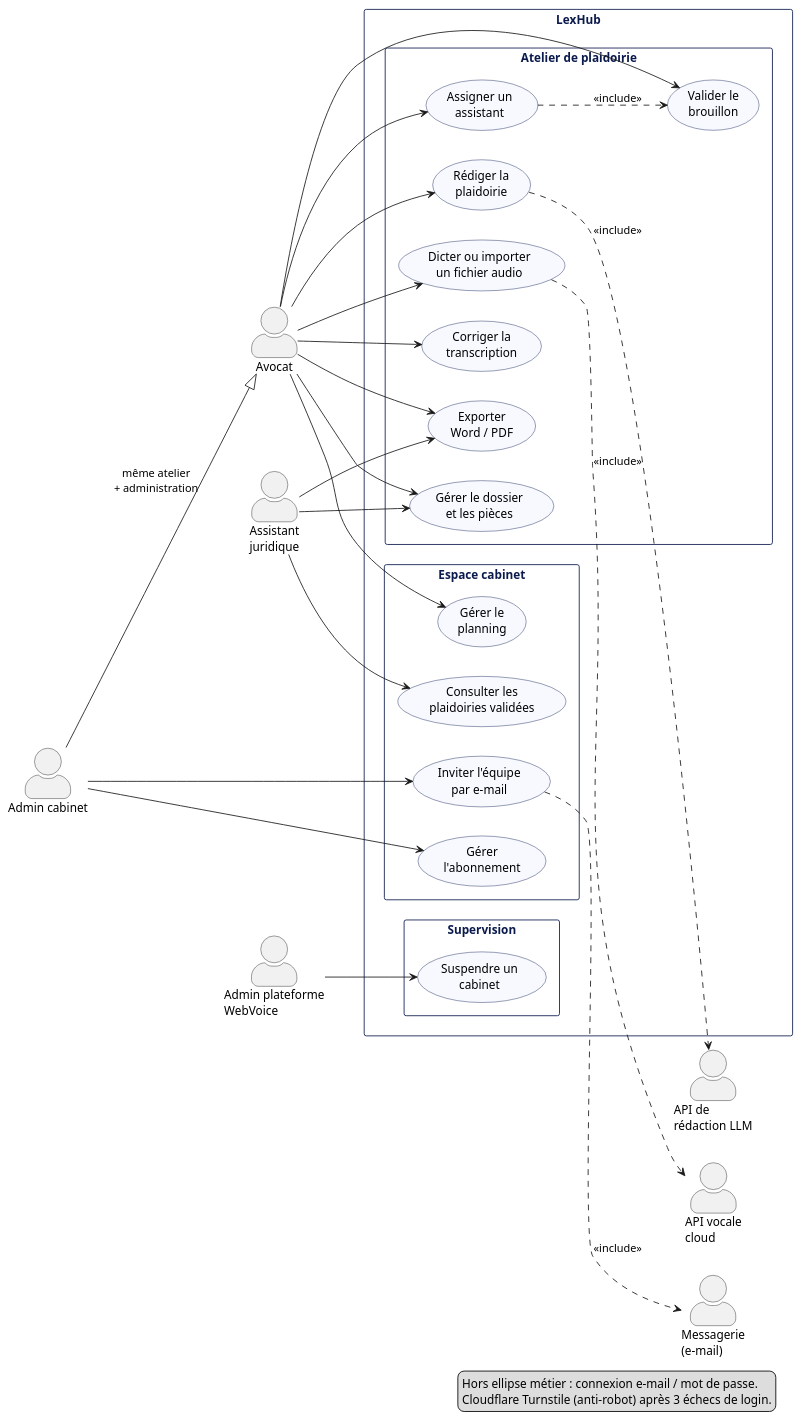
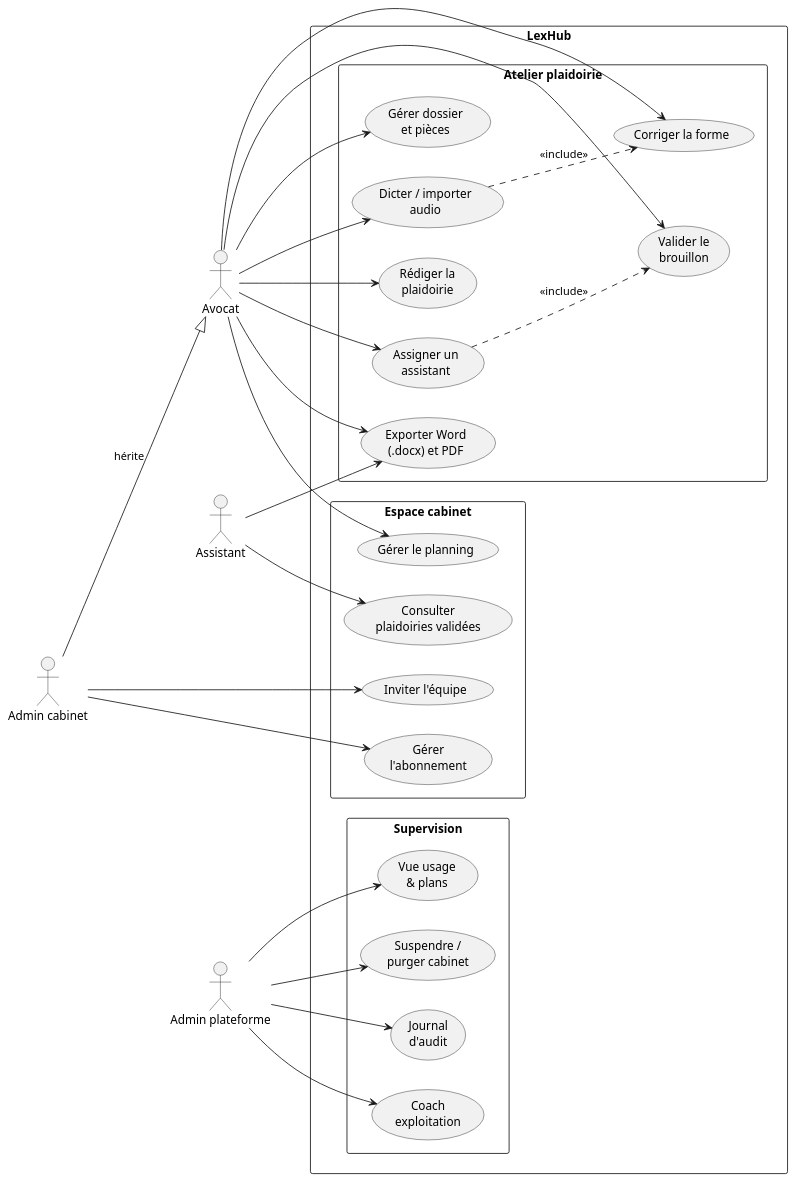
Before and after one commit to anadouae/Plateforme-d-Assistance-en-IA-pour-Avocats: the diagram in docs/rapport-pfa/diagrams/uc-lexhub.puml, drawn with PlantUML. The commit also changed 240 other files, not shown here.

```diff
--- a/docs/rapport-pfa/diagrams/uc-lexhub.puml
+++ b/docs/rapport-pfa/diagrams/uc-lexhub.puml
@@ -1,76 +1,59 @@
 @startuml uc-lexhub
 skinparam shadowing false
-skinparam actorStyle awesome
 skinparam packageStyle rectangle
-skinparam usecase {
-  BackgroundColor #F7F9FF
-  BorderColor #0B1A4D
-}
-skinparam rectangle {
-  BorderColor #0B1A4D
-  FontColor #0B1A4D
-  FontStyle bold
-}
 left to right direction
 
 actor "Avocat" as Avocat
 actor "Admin cabinet" as AdminCab
-actor "Assistant\njuridique" as Asst
+actor "Assistant" as Asst
+actor "Admin plateforme" as Plat
 
-AdminCab --|> Avocat : même atelier\n+ administration
+AdminCab --|> Avocat : hérite
 
 rectangle "LexHub" {
-  package "Atelier de plaidoirie" {
-    usecase "Gérer le dossier\net les pièces" as UC1
-    usecase "Dicter ou importer\nun fichier audio" as UC2
-    usecase "Corriger la\ntranscription" as UC3
+  package "Atelier plaidoirie" {
+    usecase "Gérer dossier\net pièces" as UC1
+    usecase "Dicter / importer\naudio" as UC2
+    usecase "Corriger la forme" as UC3
     usecase "Rédiger la\nplaidoirie" as UC4
     usecase "Valider le\nbrouillon" as UC5
     usecase "Assigner un\nassistant" as UC6
-    usecase "Exporter\nWord / PDF" as UC7
+    usecase "Exporter Word\n(.docx) et PDF" as UC7
   }
   package "Espace cabinet" {
-    usecase "Consulter les\nplaidoiries validées" as UC8
-    usecase "Inviter l'équipe\npar e-mail" as UC9
+    usecase "Consulter\nplaidoiries validées" as UC8
+    usecase "Inviter l'équipe" as UC9
     usecase "Gérer\nl'abonnement" as UC10
-    usecase "Gérer le\nplanning" as UC11
+    usecase "Gérer le planning" as UC11
   }
   package "Supervision" {
-    usecase "Suspendre un\ncabinet" as UC12
+    usecase "Vue usage\n& plans" as UC12a
+    usecase "Suspendre /\npurger cabinet" as UC12
+    usecase "Journal\nd'audit" as UC12b
+    usecase "Coach\nexploitation" as UC12c
   }
 }
-
-actor "Admin plateforme\nWebVoice" as Plat
-actor "API vocale\ncloud" as STT
-actor "API de\nrédaction LLM" as LLM
-actor "Messagerie\n(e-mail)" as Mail
 
 Avocat --> UC1
 Avocat --> UC2
 Avocat --> UC3
 Avocat --> UC4
 Avocat --> UC5
 Avocat --> UC6
 Avocat --> UC7
 Avocat --> UC11
 
-UC2 ..> STT : <<include>>
-UC4 ..> LLM : <<include>>
+UC2 ..> UC3 : <<include>>
 UC6 ..> UC5 : <<include>>
 
 Asst --> UC8
 Asst --> UC7
-Asst --> UC1
 
 AdminCab --> UC9
 AdminCab --> UC10
-UC9 ..> Mail : <<include>>
 
+Plat --> UC12a
 Plat --> UC12
-
-legend right
-  Hors ellipse métier : connexion e-mail / mot de passe.
-  Cloudflare Turnstile (anti-robot) après 3 échecs de login.
-endlegend
-
+Plat --> UC12b
+Plat --> UC12c
 @enduml
```
